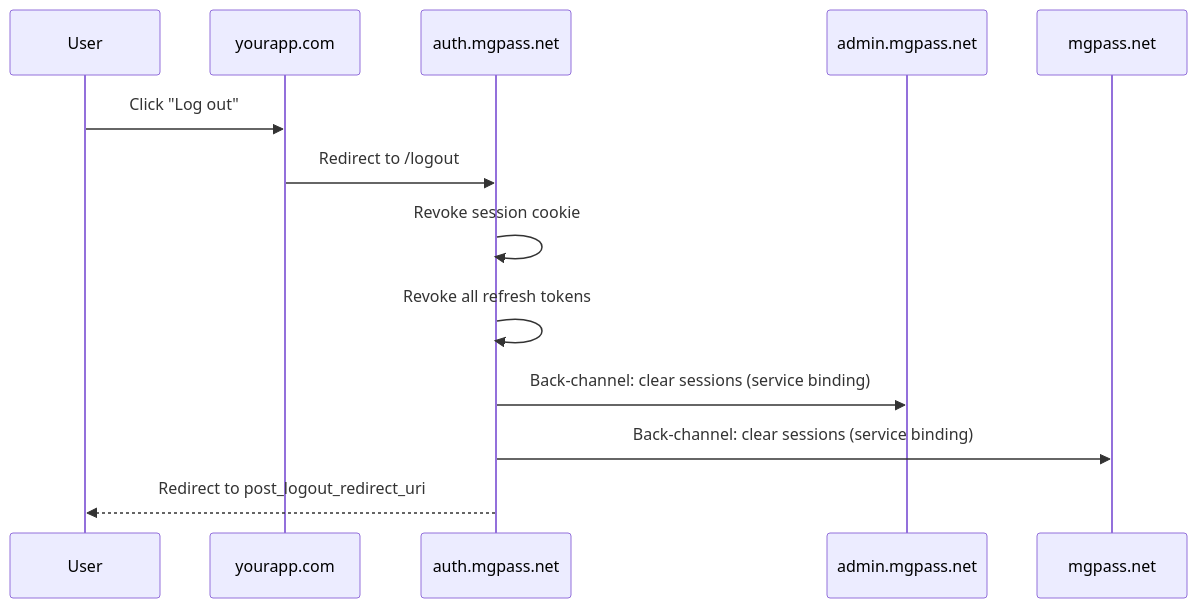
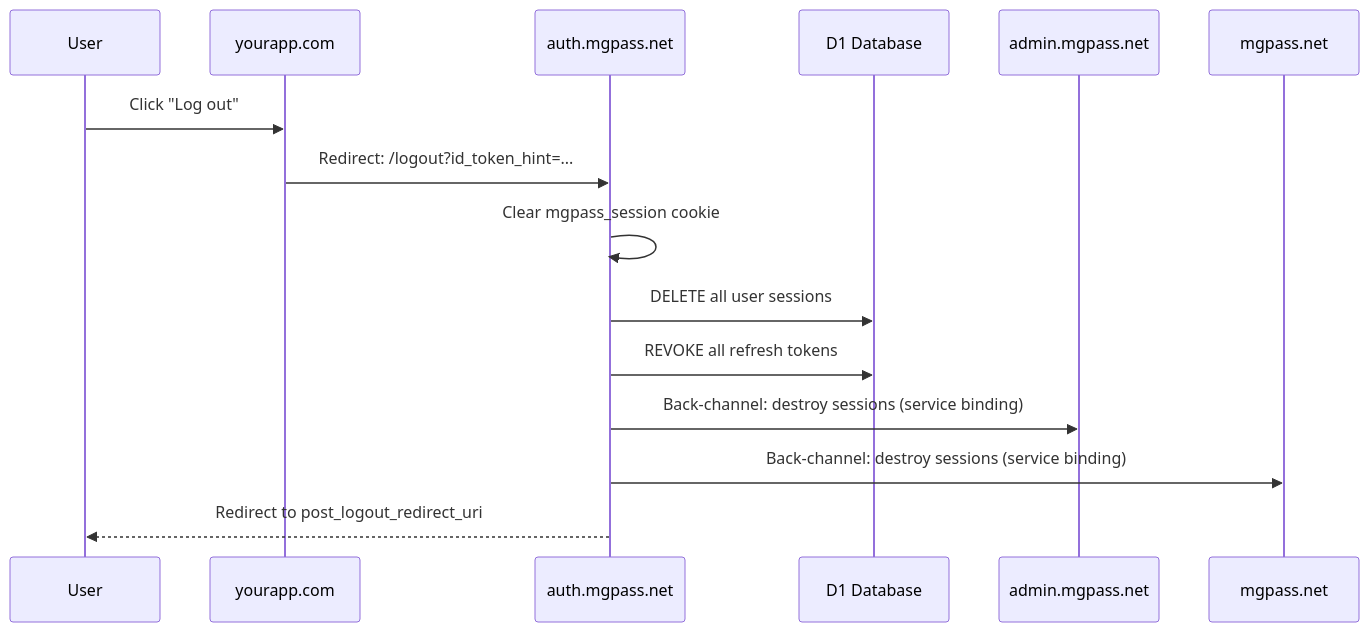
One commit to mgdmdev/docs changed the third of 3 diagrams in guides/sso.mdx. Above: the diagram before and after it, drawn with Mermaid. The commit also changed other lines of this file and 7 other files, not shown here.

````diff
--- a/guides/sso.mdx
+++ b/guides/sso.mdx
@@ -278,16 +186,18 @@
 ```mermaid
 sequenceDiagram
     participant User
     participant App as yourapp.com
     participant Auth as auth.mgpass.net
+    participant DB as D1 Database
     participant Admin as admin.mgpass.net
     participant Account as mgpass.net
 
     User->>App: Click "Log out"
-    App->>Auth: Redirect to /logout
-    Auth->>Auth: Revoke session cookie
-    Auth->>Auth: Revoke all refresh tokens
-    Auth->>Admin: Back-channel: clear sessions (service binding)
-    Auth->>Account: Back-channel: clear sessions (service binding)
+    App->>Auth: Redirect: /logout?id_token_hint=...
+    Auth->>Auth: Clear mgpass_session cookie
+    Auth->>DB: DELETE all user sessions
+    Auth->>DB: REVOKE all refresh tokens
+    Auth->>Admin: Back-channel: destroy sessions (service binding)
+    Auth->>Account: Back-channel: destroy sessions (service binding)
     Auth-->>User: Redirect to post_logout_redirect_uri
 ```
````
